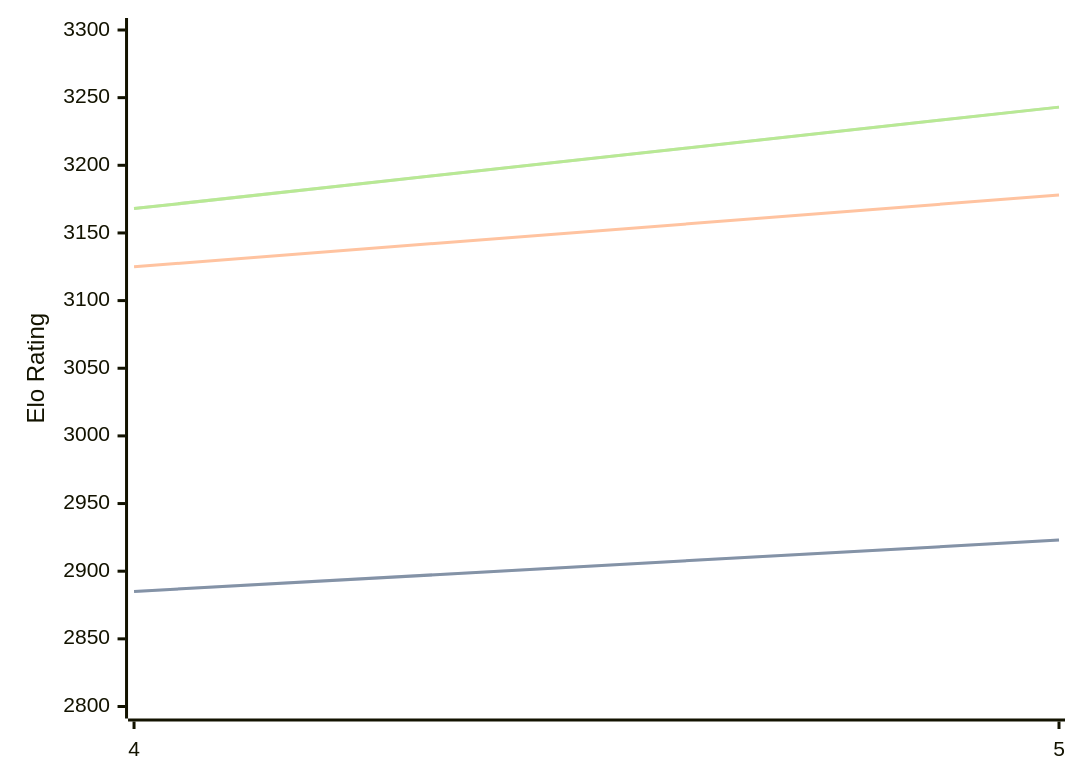
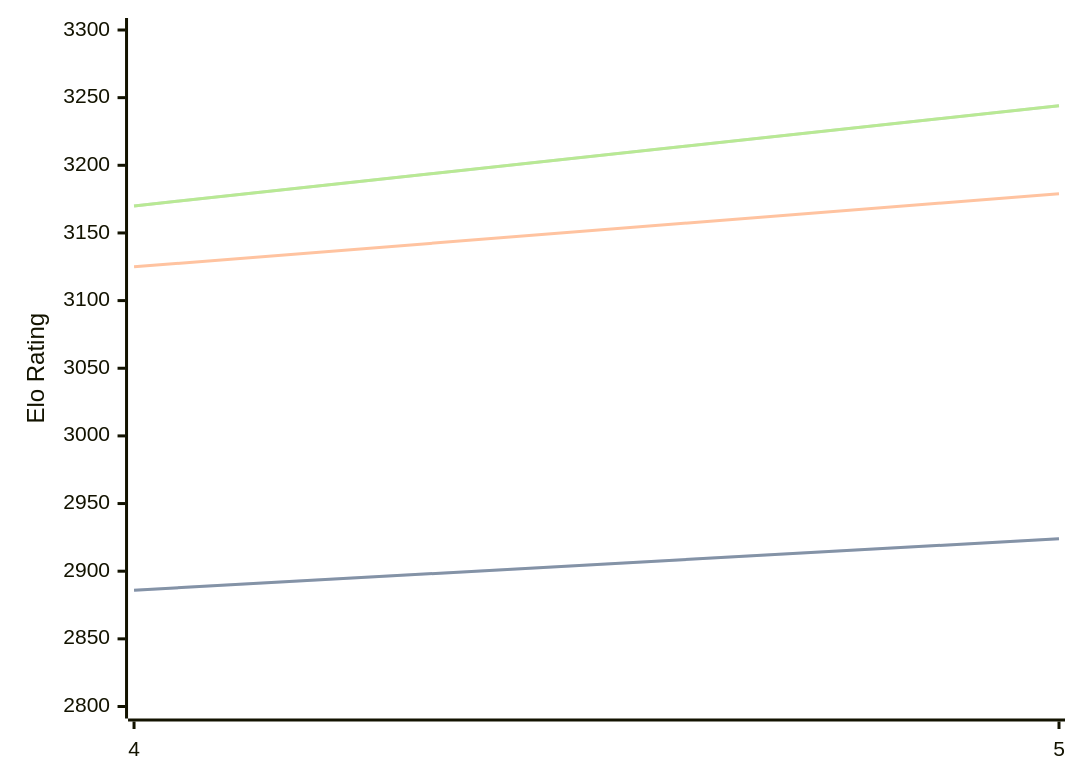
The diagram in engines/Cwtch.md (computer-chess-index/cci), drawn with Mermaid before and after one commit. The commit also changed other lines of this file, not shown here.

Commit message:
Update CCI Ratings (ELO VLTC) - 2026-04-27

````diff
--- a/engines/Cwtch.md
+++ b/engines/Cwtch.md
@@ -34,11 +34,11 @@
 ```mermaid
 %%{init: {"theme":"base","themeVariables":{"seriesColors:['#a3a3a3','#222221','#faa371']}}}%%
 xychart-beta
   x-axis ["4", "5"]
   y-axis "Elo Rating" 2800 --> 3300
-  line "STC (8.0+0.08s)" [2885, 2923]
-  line "STC (8.0+0.08s)" [2885, 2923]
-  line "LTC (60.0+0.60s)" [3125, 3178]
-  line "VLTC (2m24s+1.12s)" [3168, 3243]
-  line "VLTC (2m24s+1.12s)" [3168, 3243]
+  line "STC (8.0+0.08s)" [2886, 2924]
+  line "STC (8.0+0.08s)" [2886, 2924]
+  line "LTC (60.0+0.60s)" [3125, 3179]
+  line "VLTC (2m24s+1.12s)" [3170, 3244]
+  line "VLTC (2m24s+1.12s)" [3170, 3244]
 ```
````
